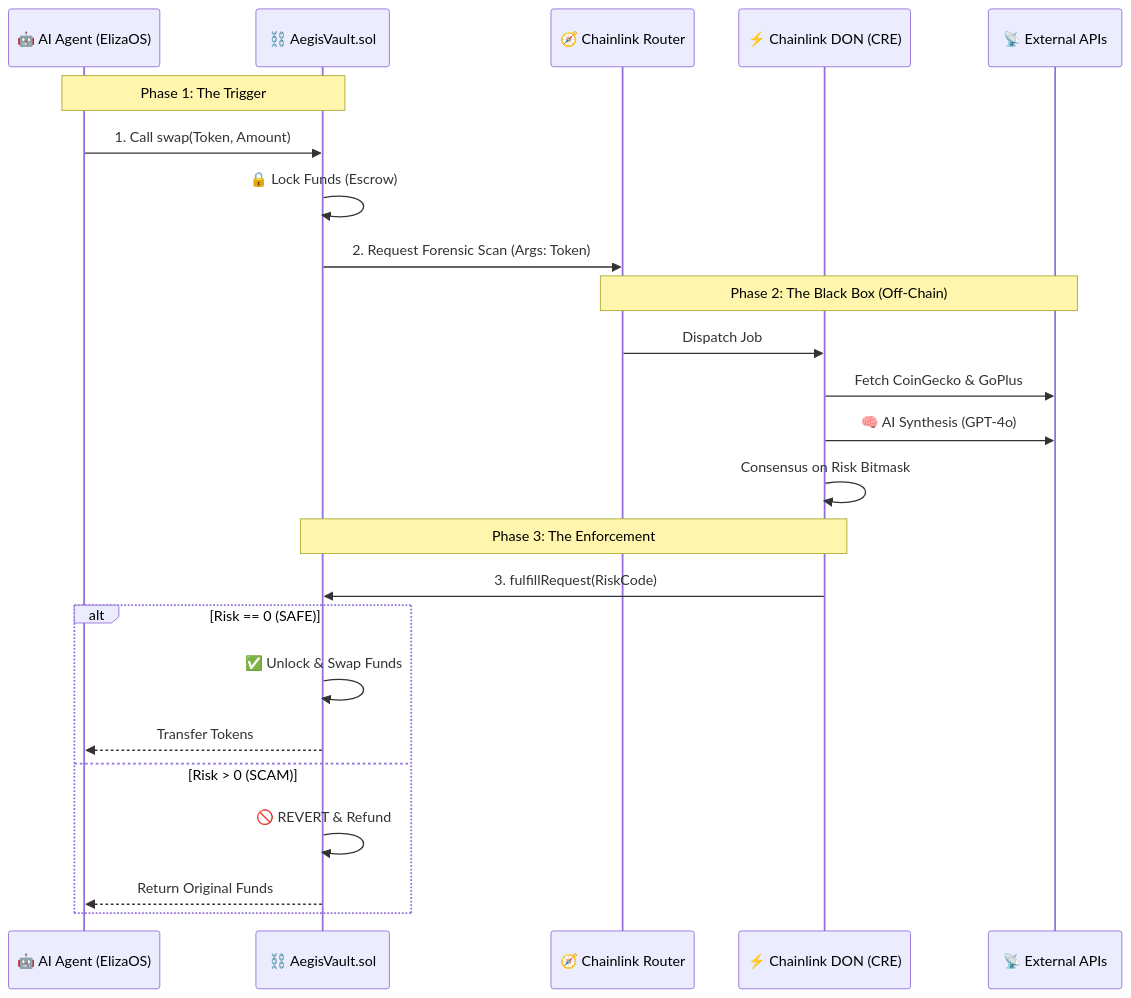
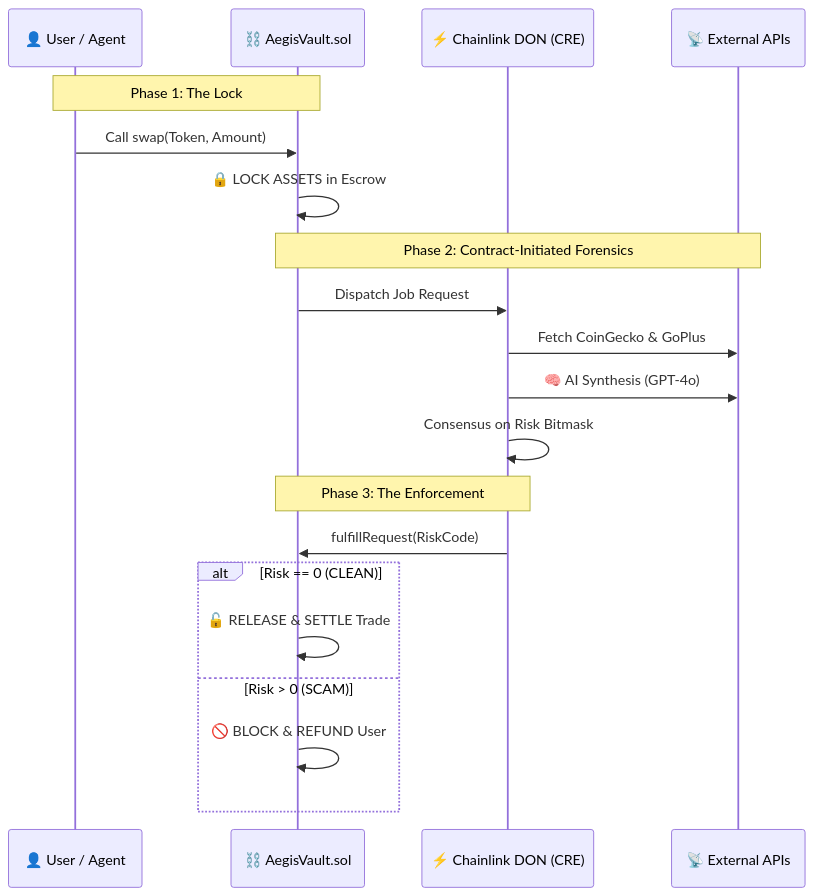
The diagram in README.md (vjb/aegis-risk-oracle), drawn with Mermaid before and after one commit. The commit also changed other lines of this file and 9 other files, not shown here.

````diff
--- a/README.md
+++ b/README.md
@@ -90,30 +53,26 @@
 ```mermaid
 sequenceDiagram
-    participant Agent as 🤖 AI Agent (ElizaOS)
+    participant User as 👤 User / Agent
     participant Vault as ⛓️ AegisVault.sol
-    participant Router as 🧭 Chainlink Router
     participant DON as ⚡ Chainlink DON (CRE)
     participant APIs as 📡 External APIs
 
-    Note over Agent, Vault: Phase 1: The Trigger
-    Agent->>Vault: 1. Call swap(Token, Amount)
-    Vault->>Vault: 🔒 Lock Funds (Escrow)
-    Vault->>Router: 2. Request Forensic Scan (Args: Token)
+    Note over User, Vault: Phase 1: The Lock
+    User->>Vault: Call swap(Token, Amount)
+    Vault->>Vault: 🔒 LOCK ASSETS in Escrow
     
-    Note over Router, APIs: Phase 2: The Black Box (Off-Chain)
-    Router->>DON: Dispatch Job
+    Note over Vault, APIs: Phase 2: Contract-Initiated Forensics
+    Vault->>DON: Dispatch Job Request
     DON->>APIs: Fetch CoinGecko & GoPlus
     DON->>APIs: 🧠 AI Synthesis (GPT-4o)
     DON->>DON: Consensus on Risk Bitmask
     
     Note over DON, Vault: Phase 3: The Enforcement
-    DON->>Vault: 3. fulfillRequest(RiskCode)
+    DON->>Vault: fulfillRequest(RiskCode)
     
-    alt Risk == 0 (SAFE)
-        Vault->>Vault: ✅ Unlock & Swap Funds
-        Vault-->>Agent: Transfer Tokens
+    alt Risk == 0 (CLEAN)
+        Vault->>Vault: 🔓 RELEASE & SETTLE Trade
     else Risk > 0 (SCAM)
-        Vault->>Vault: 🚫 REVERT & Refund
-        Vault-->>Agent: Return Original Funds
+        Vault->>Vault: 🚫 BLOCK & REFUND User
     end
 ```
````
